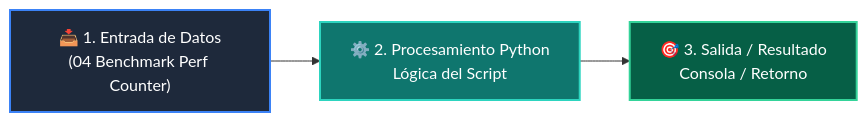
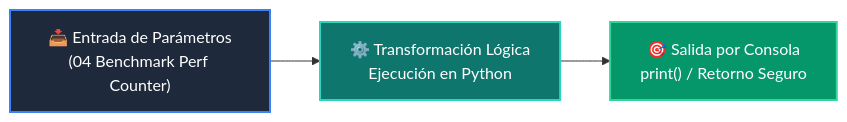
The diagram in 02-algoritmos-estructuras/clase-01-analisis-complejidad-big-o/ejemplos/ejemplo_04_benchmark_perf_counter/README.md (wisrovi/wisrovi-python), drawn with Mermaid before and after one commit. The commit also changed other lines of this file and 226 other files, not shown here.

Commit message:
docs: elevate all repository READMEs to world-class mastery standard with rich pedagogical architecture, custom Mermaids, and professional styling

````diff
--- a/02-algoritmos-estructuras/clase-01-analisis-complejidad-big-o/ejemplos/ejemplo_04_benchmark_perf_counter/README.md
+++ b/02-algoritmos-estructuras/clase-01-analisis-complejidad-big-o/ejemplos/ejemplo_04_benchmark_perf_counter/README.md
@@ -12,9 +19,9 @@
 ```mermaid
 flowchart LR
-    A["📥 1. Entrada de Datos<br/>(04 Benchmark Perf Counter)"] --> B["⚙️ 2. Procesamiento Python<br/>Lógica del Script"]
-    B --> C["🎯 3. Salida / Resultado<br/>Consola / Retorno"]
+    A["📥 Entrada de Parámetros<br/>(04 Benchmark Perf Counter)"] --> B["⚙️ Transformación Lógica<br/>Ejecución en Python"]
+    B --> C["🎯 Salida por Consola<br/>print() / Retorno Seguro"]
 
-    style A fill:#1e293b,color:#fff,stroke:#3b82f6,stroke-width:2px
-    style B fill:#0f766e,color:#fff,stroke:#2dd4bf,stroke-width:2px
-    style C fill:#065f46,color:#fff,stroke:#34d399,stroke-width:2px
+    style A fill:#1e293b,color:#ffffff,stroke:#3b82f6,stroke-width:2px
+    style B fill:#0f766e,color:#ffffff,stroke:#2dd4bf,stroke-width:2px
+    style C fill:#059669,color:#ffffff,stroke:#34d399,stroke-width:2px
 ```
````
